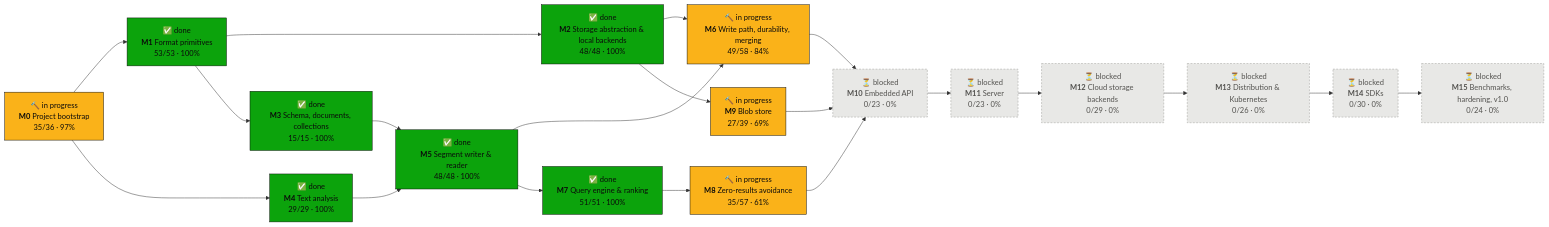
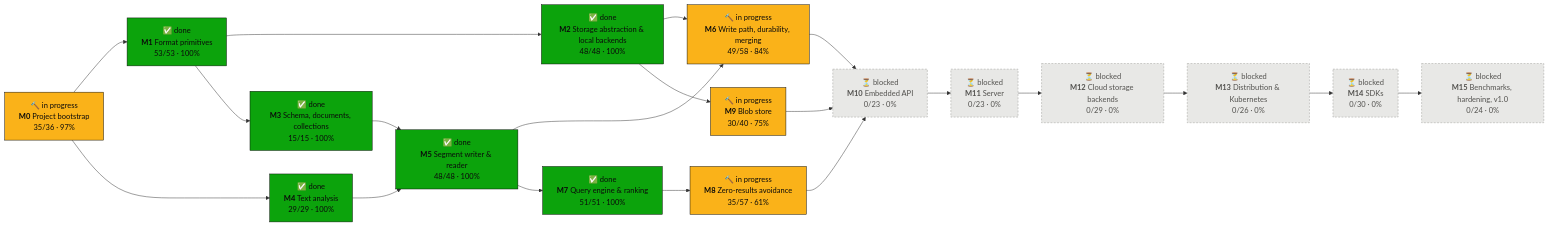
One commit to tomiok/persiaDB changed the first of 2 diagrams in PROGRESS.md. Above: the diagram before and after it, drawn with Mermaid. The commit also changed other lines of this file and 4 other files, not shown here.

Commit message:
chore(roadmap): tick 9.3.4, 9.3.6, 9.5.9; add 9.5.10 for the sweep's listing race (SPEC §9.5)

````diff
--- a/PROGRESS.md
+++ b/PROGRESS.md
@@ -16,42 +16,42 @@
 ```mermaid
 flowchart LR
   M0["🔨 in progress<br/><b>M0</b> Project bootstrap<br/>35/36 · 97%"]:::doing
   M1["✅ done<br/><b>M1</b> Format primitives<br/>53/53 · 100%"]:::done
   M2["✅ done<br/><b>M2</b> Storage abstraction & local backends<br/>48/48 · 100%"]:::done
   M3["✅ done<br/><b>M3</b> Schema, documents, collections<br/>15/15 · 100%"]:::done
   M4["✅ done<br/><b>M4</b> Text analysis<br/>29/29 · 100%"]:::done
   M5["✅ done<br/><b>M5</b> Segment writer & reader<br/>48/48 · 100%"]:::done
   M6["🔨 in progress<br/><b>M6</b> Write path, durability, merging<br/>49/58 · 84%"]:::doing
   M7["✅ done<br/><b>M7</b> Query engine & ranking<br/>51/51 · 100%"]:::done
   M8["🔨 in progress<br/><b>M8</b> Zero-results avoidance<br/>35/57 · 61%"]:::doing
-  M9["🔨 in progress<br/><b>M9</b> Blob store<br/>27/39 · 69%"]:::doing
+  M9["🔨 in progress<br/><b>M9</b> Blob store<br/>30/40 · 75%"]:::doing
   M10["⏳ blocked<br/><b>M10</b> Embedded API<br/>0/23 · 0%"]:::blocked
   M11["⏳ blocked<br/><b>M11</b> Server<br/>0/23 · 0%"]:::blocked
   M12["⏳ blocked<br/><b>M12</b> Cloud storage backends<br/>0/29 · 0%"]:::blocked
   M13["⏳ blocked<br/><b>M13</b> Distribution & Kubernetes<br/>0/26 · 0%"]:::blocked
   M14["⏳ blocked<br/><b>M14</b> SDKs<br/>0/30 · 0%"]:::blocked
   M15["⏳ blocked<br/><b>M15</b> Benchmarks, hardening, v1.0<br/>0/24 · 0%"]:::blocked
   M0 --> M1
   M1 --> M2
   M1 --> M3
   M0 --> M4
   M3 --> M5
   M4 --> M5
   M2 --> M6
   M5 --> M6
   M5 --> M7
   M7 --> M8
   M2 --> M9
   M6 --> M10
   M8 --> M10
   M9 --> M10
   M10 --> M11
   M11 --> M12
   M12 --> M13
   M13 --> M14
   M14 --> M15
   classDef done fill:#0ca30c,stroke:#0b0b0b,color:#0b0b0b
   classDef doing fill:#fab219,stroke:#0b0b0b,color:#0b0b0b
   classDef ready fill:#fcfcfb,stroke:#0b0b0b,stroke-width:2px,color:#0b0b0b
   classDef blocked fill:#e8e8e6,stroke:#9a9a96,stroke-dasharray:4 3,color:#52514e
 ```
````
